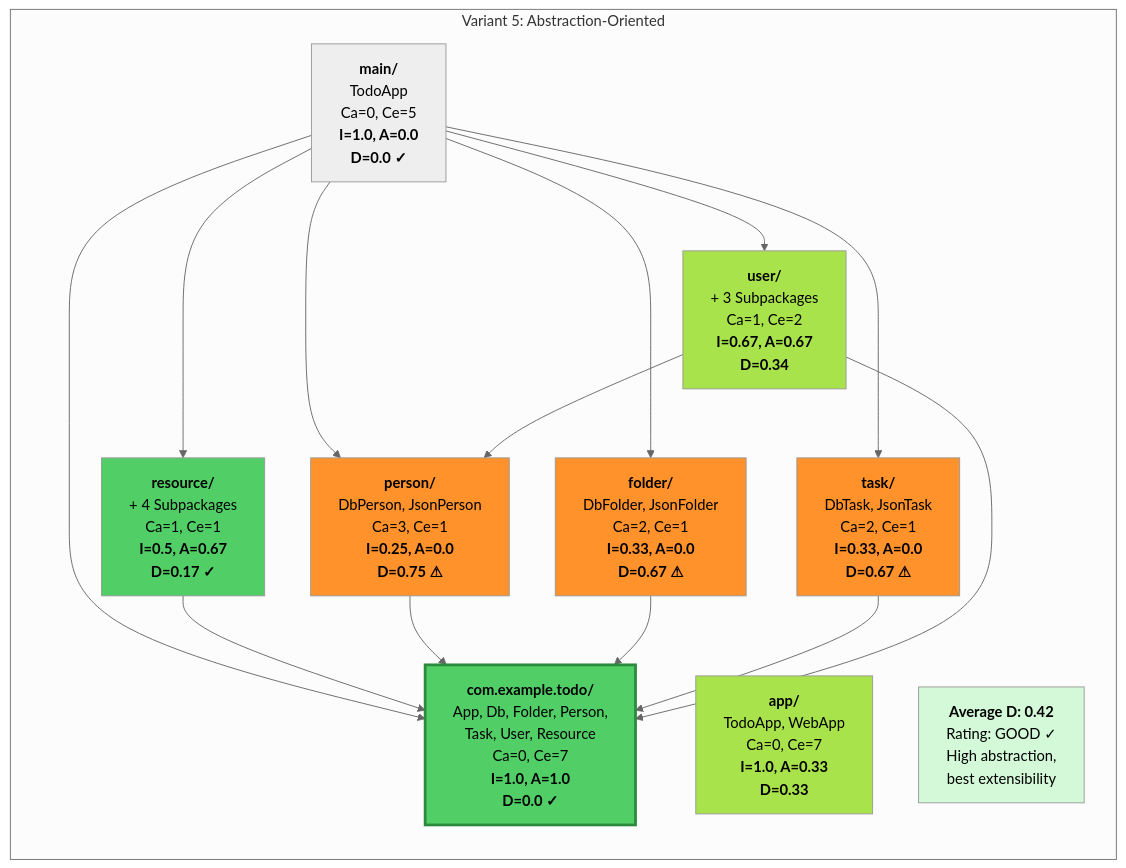
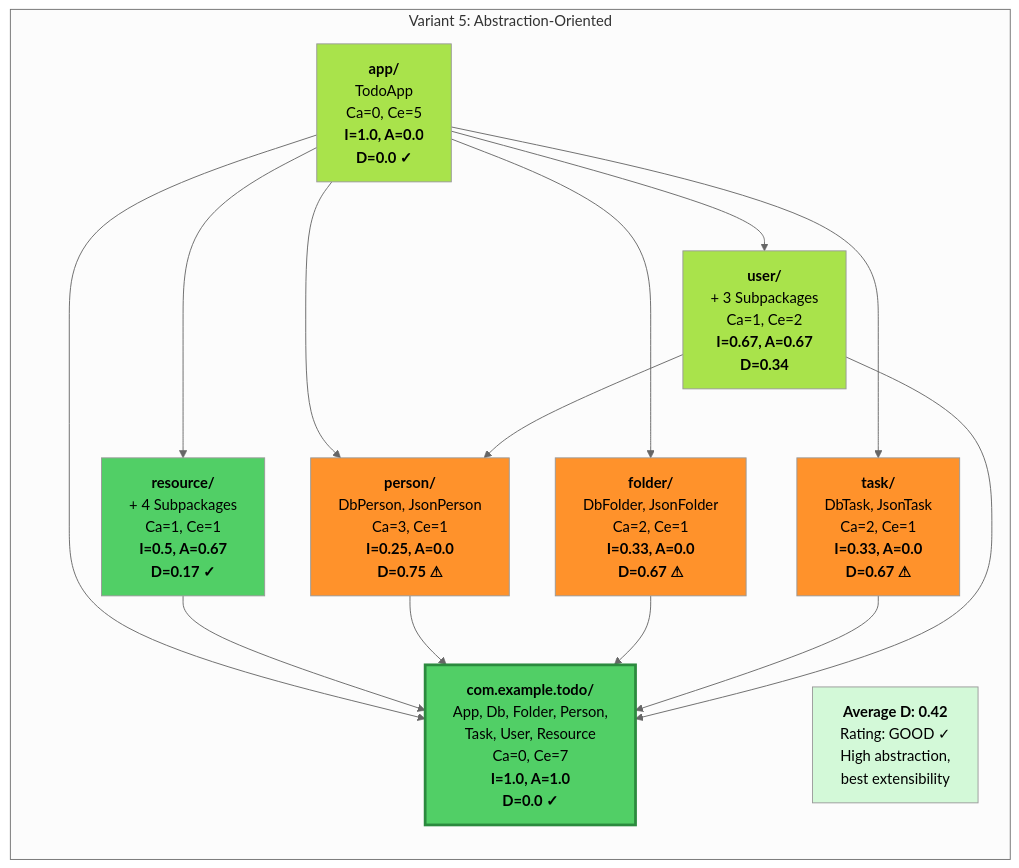
The fifth of 15 diagrams in blog/how_to_structure_and_naming_code_like_a_pro.md (andreas-wagner-dev/object-oriented-learning-journey), drawn with Mermaid (neutral theme) before and after one commit.

````diff
--- a/blog/how_to_structure_and_naming_code_like_a_pro.md
+++ b/blog/how_to_structure_and_naming_code_like_a_pro.md
@@ -860,47 +860,47 @@
 ```mermaid
 graph TB
     subgraph "Variant 5: Abstraction-Oriented"
         direction TB
         
         V5_ROOT["<b>com.example.todo/</b><br/>App, Db, Folder, Person,<br/>Task, User, Resource<br/>Ca=0, Ce=7<br/><b>I=1.0, A=1.0</b><br/><b>D=0.0 ✓</b>"]
         
         V5_APP["<b>app/</b><br/>TodoApp, WebApp<br/>Ca=0, Ce=7<br/><b>I=1.0, A=0.33</b><br/><b>D=0.33</b>"]
         
         V5_RESOURCE["<b>resource/</b><br/>+ 4 Subpackages<br/>Ca=1, Ce=1<br/><b>I=0.5, A=0.67</b><br/><b>D=0.17 ✓</b>"]
         
         V5_PERSON["<b>person/</b><br/>DbPerson, JsonPerson<br/>Ca=3, Ce=1<br/><b>I=0.25, A=0.0</b><br/><b>D=0.75 ⚠</b>"]
         
         V5_FOLDER["<b>folder/</b><br/>DbFolder, JsonFolder<br/>Ca=2, Ce=1<br/><b>I=0.33, A=0.0</b><br/><b>D=0.67 ⚠</b>"]
         
         V5_TASK["<b>task/</b><br/>DbTask, JsonTask<br/>Ca=2, Ce=1<br/><b>I=0.33, A=0.0</b><br/><b>D=0.67 ⚠</b>"]
         
         V5_USER["<b>user/</b><br/>+ 3 Subpackages<br/>Ca=1, Ce=2<br/><b>I=0.67, A=0.67</b><br/><b>D=0.34</b>"]
         
-        V5_MAIN["<b>main/</b><br/>TodoApp<br/>Ca=0, Ce=5<br/><b>I=1.0, A=0.0</b><br/><b>D=0.0 ✓</b>"]
+        V5_APP["<b>app/</b><br/>TodoApp<br/>Ca=0, Ce=5<br/><b>I=1.0, A=0.0</b><br/><b>D=0.0 ✓</b>"]
         
-        V5_MAIN --> V5_ROOT
-        V5_MAIN --> V5_RESOURCE
-        V5_MAIN --> V5_PERSON
-        V5_MAIN --> V5_FOLDER
-        V5_MAIN --> V5_TASK
-        V5_MAIN --> V5_USER
+        V5_APP --> V5_ROOT
+        V5_APP --> V5_RESOURCE
+        V5_APP --> V5_PERSON
+        V5_APP --> V5_FOLDER
+        V5_APP --> V5_TASK
+        V5_APP --> V5_USER
         
         V5_RESOURCE --> V5_ROOT
         V5_PERSON --> V5_ROOT
         V5_FOLDER --> V5_ROOT
         V5_TASK --> V5_ROOT
         V5_USER --> V5_ROOT
         V5_USER --> V5_PERSON
         
         style V5_ROOT fill:#51cf66,stroke:#2b8a3e,stroke-width:3px,color:#000
         style V5_APP fill:#a9e34b,color:#000
         style V5_RESOURCE fill:#51cf66,color:#000
         style V5_PERSON fill:#ff922b,color:#000
         style V5_FOLDER fill:#ff922b,color:#000
         style V5_TASK fill:#ff922b,color:#000
         style V5_USER fill:#a9e34b,color:#000
         
         V5_RESULT["<b>Average D: 0.42</b><br/>Rating: GOOD ✓<br/>High abstraction,<br/>best extensibility"]
         style V5_RESULT fill:#d3f9d8,color:#000
     end
 ```
````
